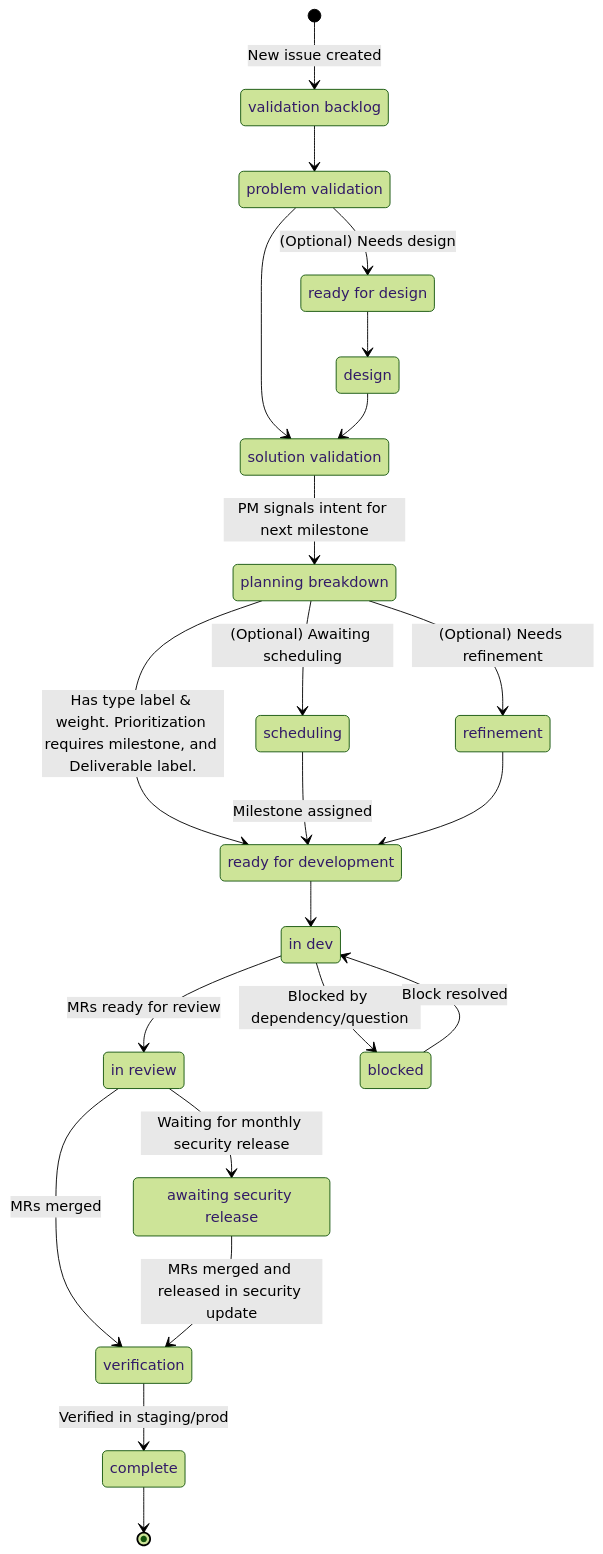
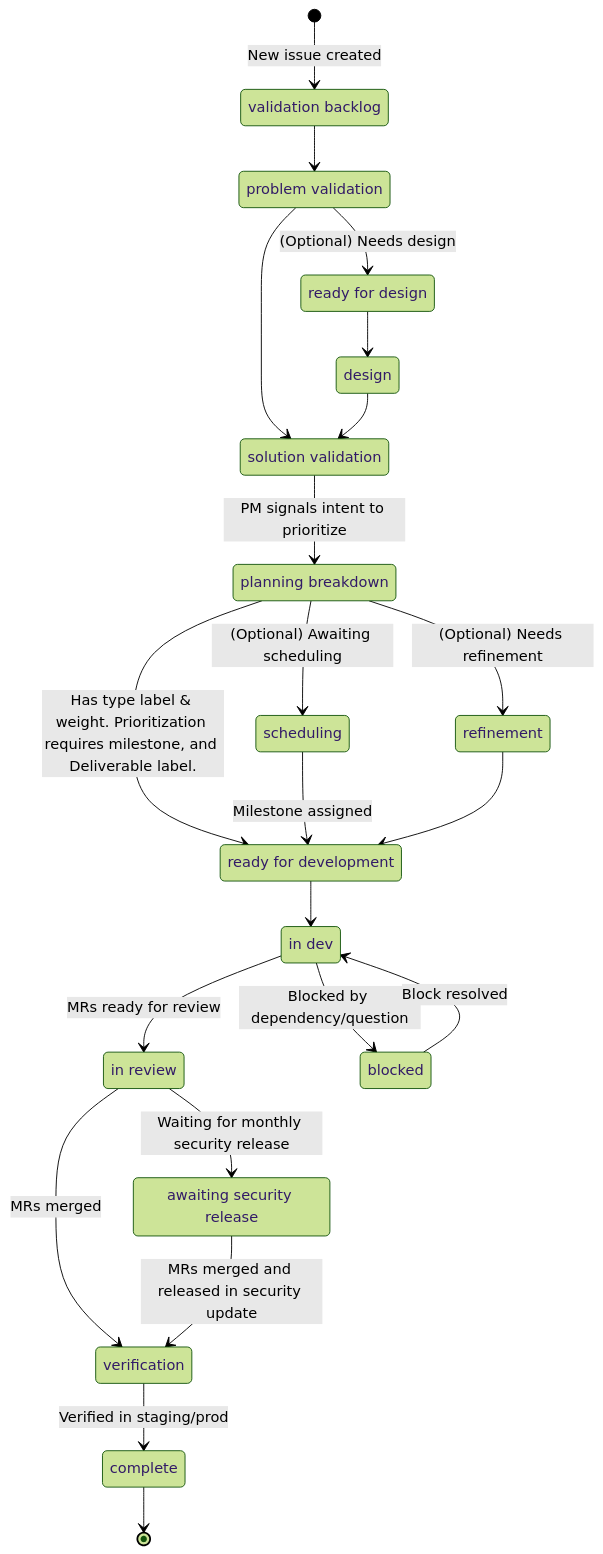
Before and after one commit to zalyoung/gitlab-handbook: the diagram in content/handbook/product-development-flow/_index.md, drawn with Mermaid (forest theme).

Commit message:
Allow flexibility in breakdown and prioritization

````diff
--- a/content/handbook/product-development-flow/_index.md
+++ b/content/handbook/product-development-flow/_index.md
@@ -50,46 +50,46 @@
 ```mermaid
 stateDiagram-v2
     [*] --> ValidationBacklog: New issue created
     
     ValidationBacklog: validation backlog
     ProblemValidation: problem validation
     ReadyForDesign: ready for design
     Design: design
     SolutionValidation: solution validation
     
     ValidationBacklog --> ProblemValidation
     ProblemValidation --> ReadyForDesign: (Optional) Needs design
     ReadyForDesign --> Design
     ProblemValidation --> SolutionValidation
     Design --> SolutionValidation
 
     PlanningBreakdown: planning breakdown
     Scheduling: scheduling
     Refinement: refinement
     ReadyForDev: ready for development
     InDev: in dev
     InReview: in review
     Verification: verification
     Complete: complete
     Blocked: blocked
     Security: awaiting security release
     
-    SolutionValidation --> PlanningBreakdown: PM signals intent for next milestone
+    SolutionValidation --> PlanningBreakdown: PM signals intent to prioritize
     PlanningBreakdown --> Scheduling: (Optional) Awaiting scheduling
     PlanningBreakdown --> Refinement: (Optional) Needs refinement
     PlanningBreakdown --> ReadyForDev: Has type label & weight. Prioritization requires milestone, and Deliverable label.
     Scheduling --> ReadyForDev: Milestone assigned
     Refinement --> ReadyForDev
     ReadyForDev --> InDev
     InDev --> InReview: MRs ready for review
     InReview --> Verification: MRs merged
     Verification --> Complete: Verified in staging/prod
     
     InDev --> Blocked: Blocked by dependency/question
     Blocked --> InDev: Block resolved
     
     InReview --> Security: Waiting for monthly security release
     Security --> Verification: MRs merged and released in security update
     
     Complete --> [*]
 ```
````
